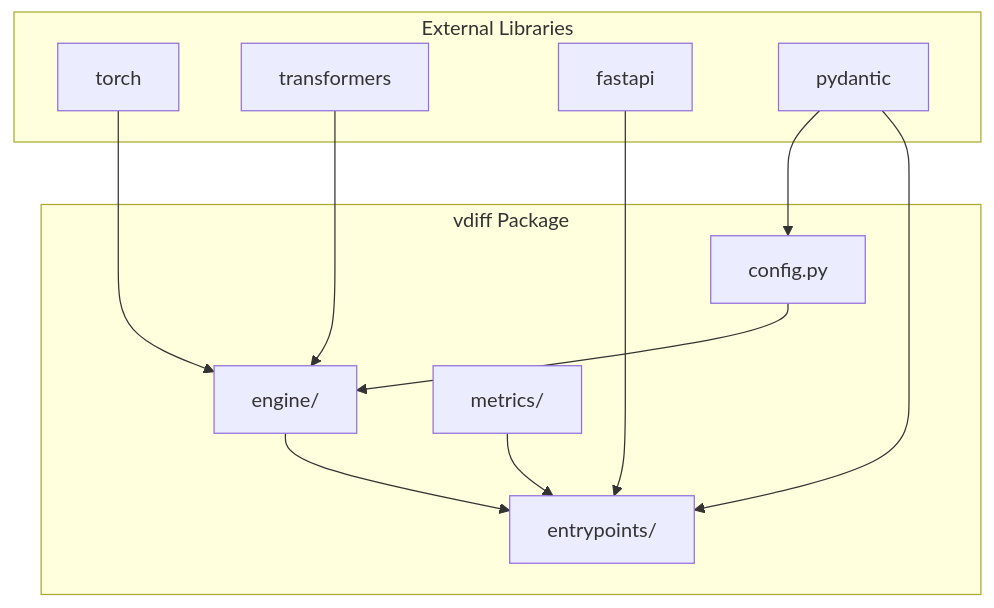
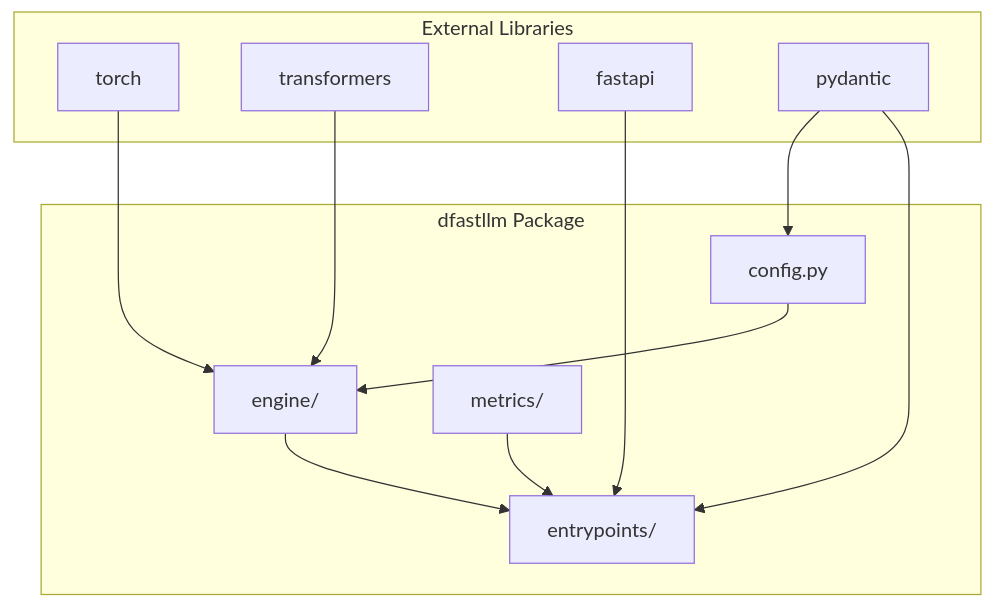
One commit to mwaykole/vdiff changed diagram 17 of 18 in docs/dev-doc/03-project-structure.md. Above: the diagram before and after it, drawn with Mermaid. The commit also changed other lines of this file and 53 other files, not shown here.

First line of the commit message:
refactor: Rename all vdiff references to dfastllm

````diff
--- a/docs/dev-doc/03-project-structure.md
+++ b/docs/dev-doc/03-project-structure.md
@@ -550,26 +550,26 @@
 ```mermaid
 flowchart TB
     subgraph External["External Libraries"]
         TORCH["torch"]
         TRANSFORMERS["transformers"]
         FASTAPI["fastapi"]
         PYDANTIC["pydantic"]
     end
     
-    subgraph VDiff["vdiff Package"]
+    subgraph DFastLLM["dfastllm Package"]
         CONFIG["config.py"]
         ENGINE["engine/"]
         ENTRY["entrypoints/"]
         METRICS["metrics/"]
     end
     
     TORCH --> ENGINE
     TRANSFORMERS --> ENGINE
     FASTAPI --> ENTRY
     PYDANTIC --> ENTRY
     PYDANTIC --> CONFIG
     
     CONFIG --> ENGINE
     ENGINE --> ENTRY
     METRICS --> ENTRY
 ```
````
